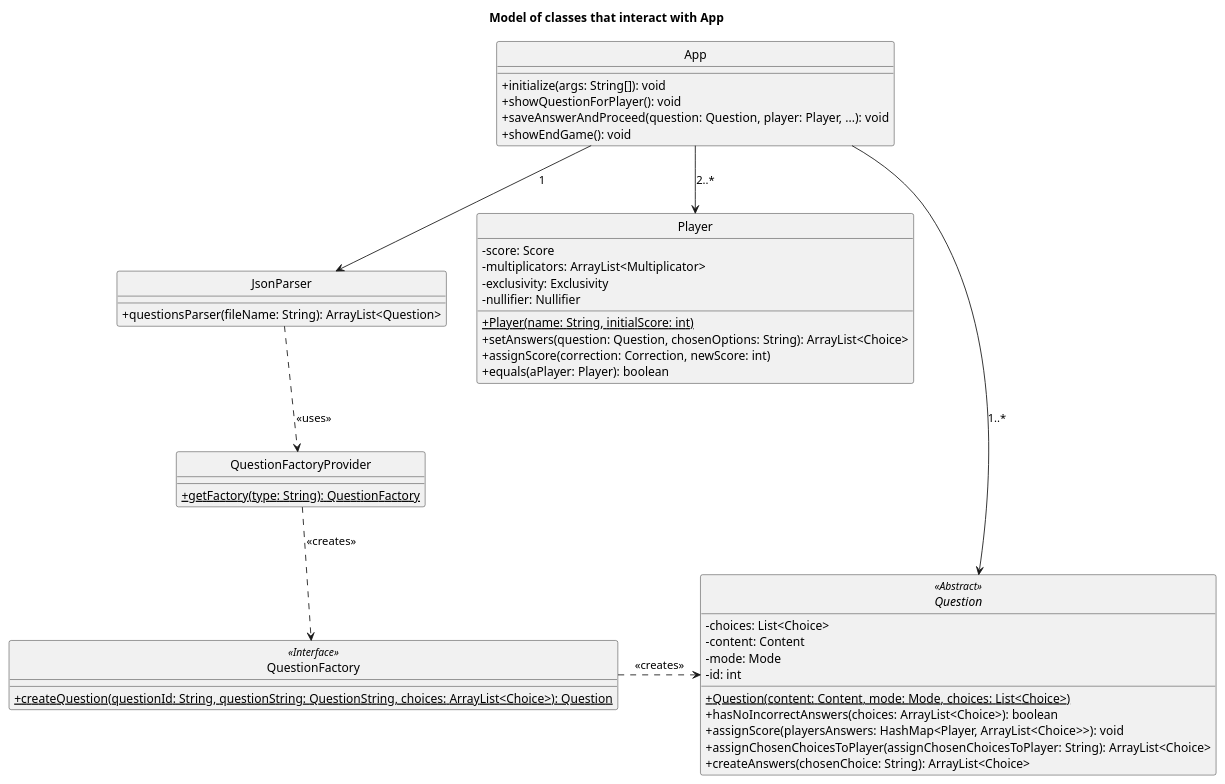
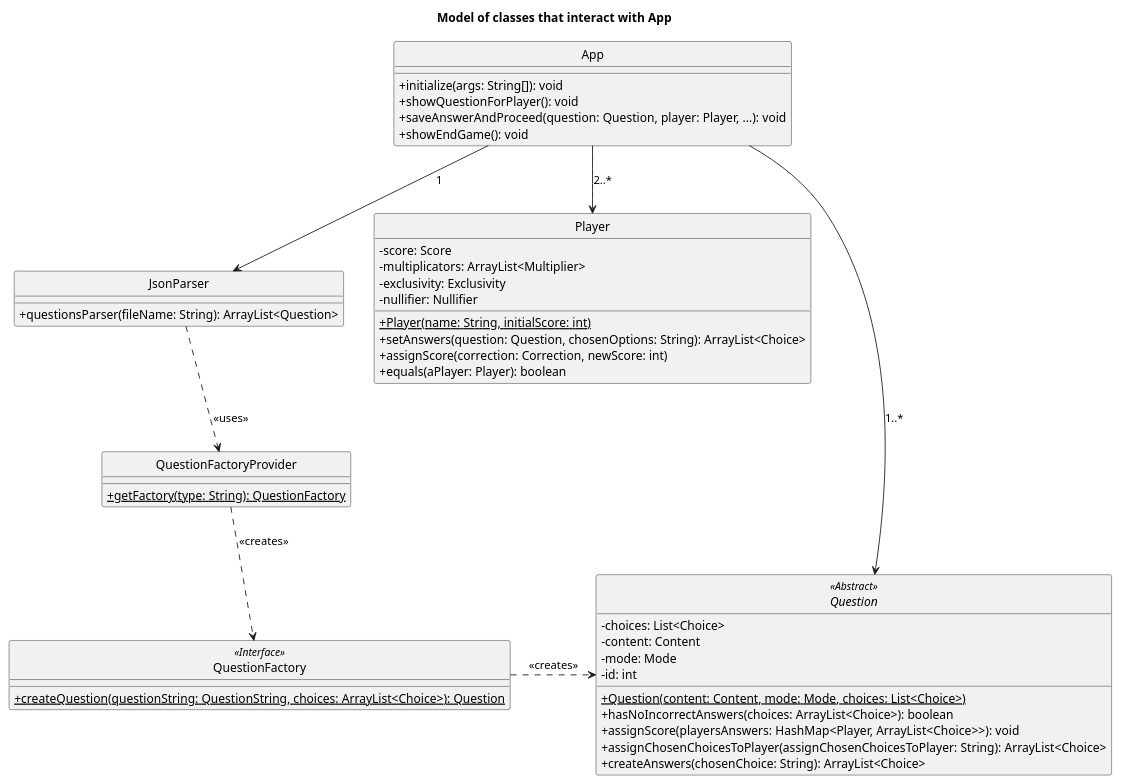
The diagram in UML files/ClassDiagramGameInteractionsModel.puml (agpelliciari/TP2-Algo-III), drawn with PlantUML before and after one commit. The commit also changed 3 other files, not shown here.

```diff
--- a/UML files/ClassDiagramGameInteractionsModel.puml
+++ b/UML files/ClassDiagramGameInteractionsModel.puml
@@ -1,63 +1,63 @@
 @startuml
 
 skinparam monochrome true
 hide circle
 skinparam classAttributeIconSize 0
 
 title: Model of classes that interact with App
 
 class App {
 +initialize(args: String[]): void
 +showQuestionForPlayer(): void
 +saveAnswerAndProceed(question: Question, player: Player, ...): void
 +showEndGame(): void
 }
 
 abstract class Question{
 -choices: List<Choice>
 -content: Content
 -mode: Mode
 -id: int
 +{static}Question(content: Content, mode: Mode, choices: List<Choice>)
 +hasNoIncorrectAnswers(choices: ArrayList<Choice>): boolean
 +assignScore(playersAnswers: HashMap<Player, ArrayList<Choice>>): void
 +assignChosenChoicesToPlayer(assignChosenChoicesToPlayer: String): ArrayList<Choice>
 +createAnswers(chosenChoice: String): ArrayList<Choice>
 }
 
 class Player{
 -score: Score
--multiplicators: ArrayList<Multiplicator>
+-multiplicators: ArrayList<Multiplier>
 -exclusivity: Exclusivity
 -nullifier: Nullifier
 +{static}Player(name: String, initialScore: int)
 +setAnswers(question: Question, chosenOptions: String): ArrayList<Choice>
 +assignScore(correction: Correction, newScore: int)
 +equals(aPlayer: Player): boolean
 }
 
 class JsonParser{
 +questionsParser(fileName: String): ArrayList<Question>
 }
 
 class QuestionFactoryProvider{
 +{static}getFactory(type: String): QuestionFactory
 }
 
 class QuestionFactory{
-+{static}createQuestion(questionId: String, questionString: QuestionString, choices: ArrayList<Choice>): Question
++{static}createQuestion(questionString: QuestionString, choices: ArrayList<Choice>): Question
 }
 
 App --> Question:1..*
 App --> Player:2..*
 App --> JsonParser:1
 
 JsonParser ..> QuestionFactoryProvider: <<uses>>
 QuestionFactory .> Question: "<<creates>>"
 
 QuestionFactoryProvider ..> QuestionFactory: "<<creates>>"
 
 Question <<Abstract>>
 QuestionFactory <<Interface>>
 
 @enduml
```
